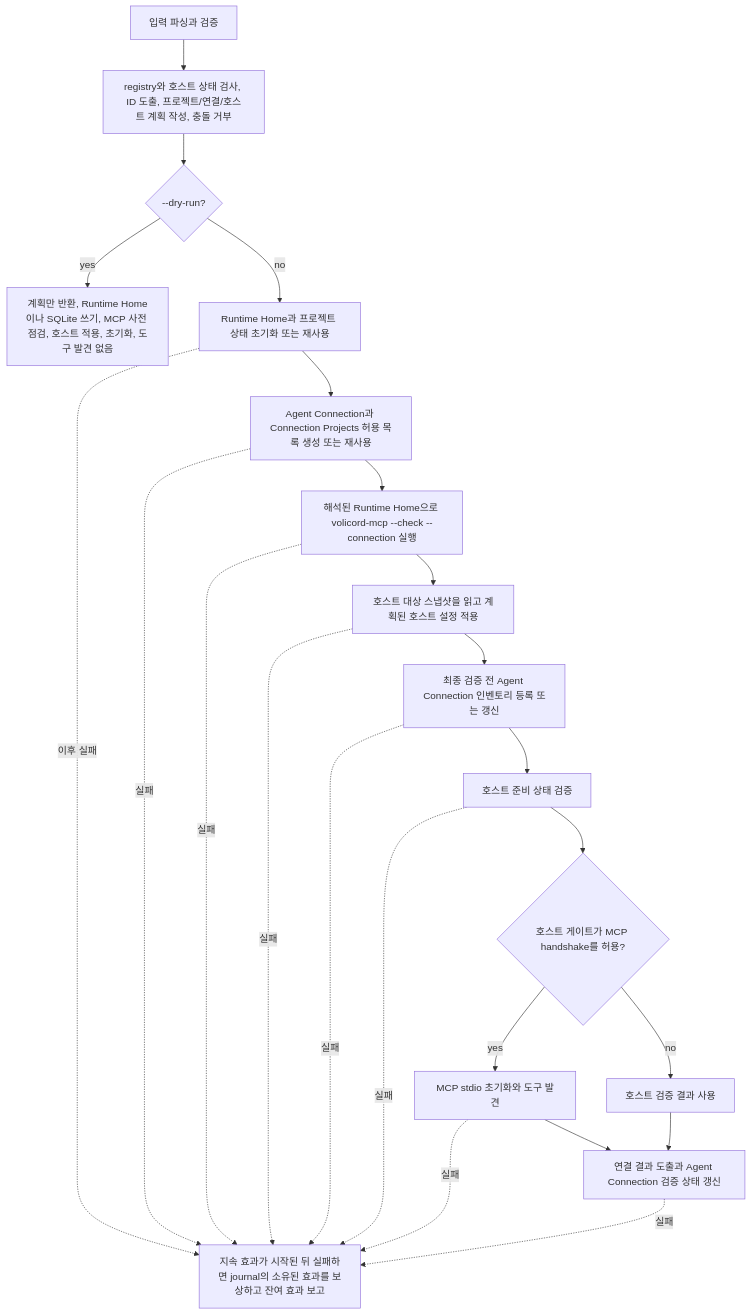
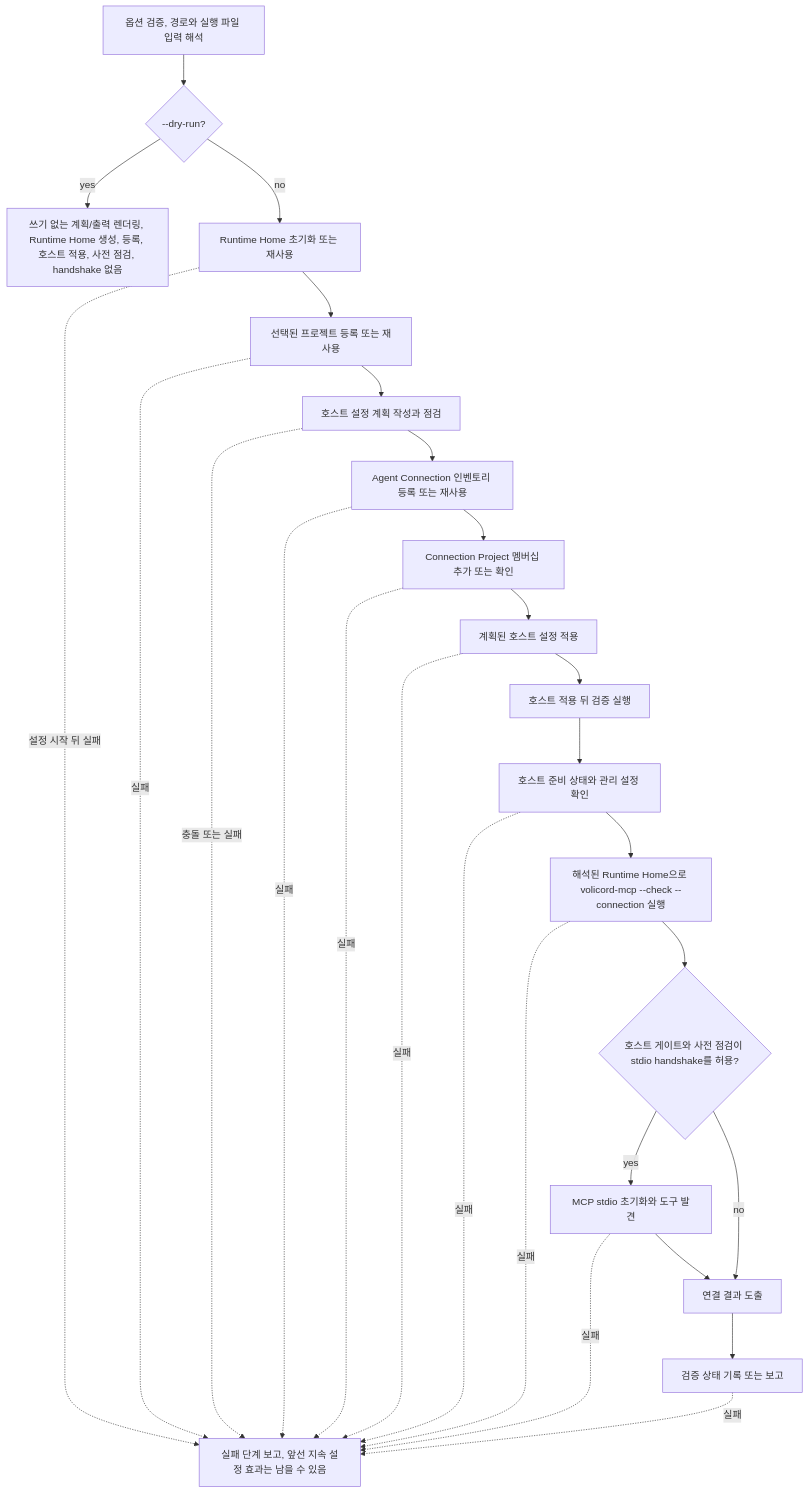
The fourth of 4 diagrams in docs/ko/development/architecture.md (minjungw00/Harness_Project), drawn with Mermaid before and after one commit. The commit also changed other lines of this file and 1 other file, not shown here.

Commit message:
docs: align agent connect setup flow

````diff
--- a/docs/ko/development/architecture.md
+++ b/docs/ko/development/architecture.md
@@ -228,32 +228,37 @@
 ```mermaid
 flowchart TD
-  parse["입력 파싱과 검증"]
-  plan["registry와 호스트 상태 검사, ID 도출, 프로젝트/연결/호스트 계획 작성, 충돌 거부"]
+  parse["옵션 검증, 경로와 실행 파일 입력 해석"]
   dry{"--dry-run?"}
-  dryout["계획만 반환, Runtime Home이나 SQLite 쓰기, MCP 사전 점검, 호스트 적용, 초기화, 도구 발견 없음"]
-  runtime["Runtime Home과 프로젝트 상태 초기화 또는 재사용"]
-  connection["Agent Connection과 Connection Projects 허용 목록 생성 또는 재사용"]
+  dryout["쓰기 없는 계획/출력 렌더링, Runtime Home 생성, 등록, 호스트 적용, 사전 점검, handshake 없음"]
+  runtime["Runtime Home 초기화 또는 재사용"]
+  project["선택된 프로젝트 등록 또는 재사용"]
+  plan["호스트 설정 계획 작성과 점검"]
+  connection["Agent Connection 인벤토리 등록 또는 재사용"]
+  membership["Connection Project 멤버십 추가 또는 확인"]
+  host["계획된 호스트 설정 적용"]
+  verify["호스트 적용 뒤 검증 실행"]
+  readiness["호스트 준비 상태와 관리 설정 확인"]
   preflight["해석된 Runtime Home으로 volicord-mcp --check --connection 실행"]
-  host["호스트 대상 스냅샷을 읽고 계획된 호스트 설정 적용"]
-  inventory["최종 검증 전 Agent Connection 인벤토리 등록 또는 갱신"]
-  readiness["호스트 준비 상태 검증"]
-  gate{"호스트 게이트가 MCP handshake를 허용?"}
+  gate{"호스트 게이트와 사전 점검이 stdio handshake를 허용?"}
   handshake["MCP stdio 초기화와 도구 발견"]
-  hostonly["호스트 검증 결과 사용"]
-  final["연결 결과 도출과 Agent Connection 검증 상태 갱신"]
-  fail["지속 효과가 시작된 뒤 실패하면 journal의 소유된 효과를 보상하고 잔여 효과 보고"]
+  aggregate["연결 결과 도출"]
+  final["검증 상태 기록 또는 보고"]
+  fail["실패 단계 보고, 앞선 지속 설정 효과는 남을 수 있음"]
 
-  parse --> plan --> dry
+  parse --> dry
   dry -- yes --> dryout
-  dry -- no --> runtime --> connection --> preflight --> host --> inventory --> readiness --> gate
-  gate -- yes --> handshake --> final
-  gate -- no --> hostonly --> final
-  runtime -. 이후 실패 .-> fail
+  dry -- no --> runtime --> project --> plan --> connection --> membership --> host --> verify
+  verify --> readiness --> preflight --> gate
+  gate -- yes --> handshake --> aggregate --> final
+  gate -- no --> aggregate
+  runtime -. 설정 시작 뒤 실패 .-> fail
+  project -. 실패 .-> fail
+  plan -. 충돌 또는 실패 .-> fail
   connection -. 실패 .-> fail
+  membership -. 실패 .-> fail
+  host -. 실패 .-> fail
+  readiness -. 실패 .-> fail
   preflight -. 실패 .-> fail
-  host -. 실패 .-> fail
-  inventory -. 실패 .-> fail
-  readiness -. 실패 .-> fail
   handshake -. 실패 .-> fail
   final -. 실패 .-> fail
 ```
````
